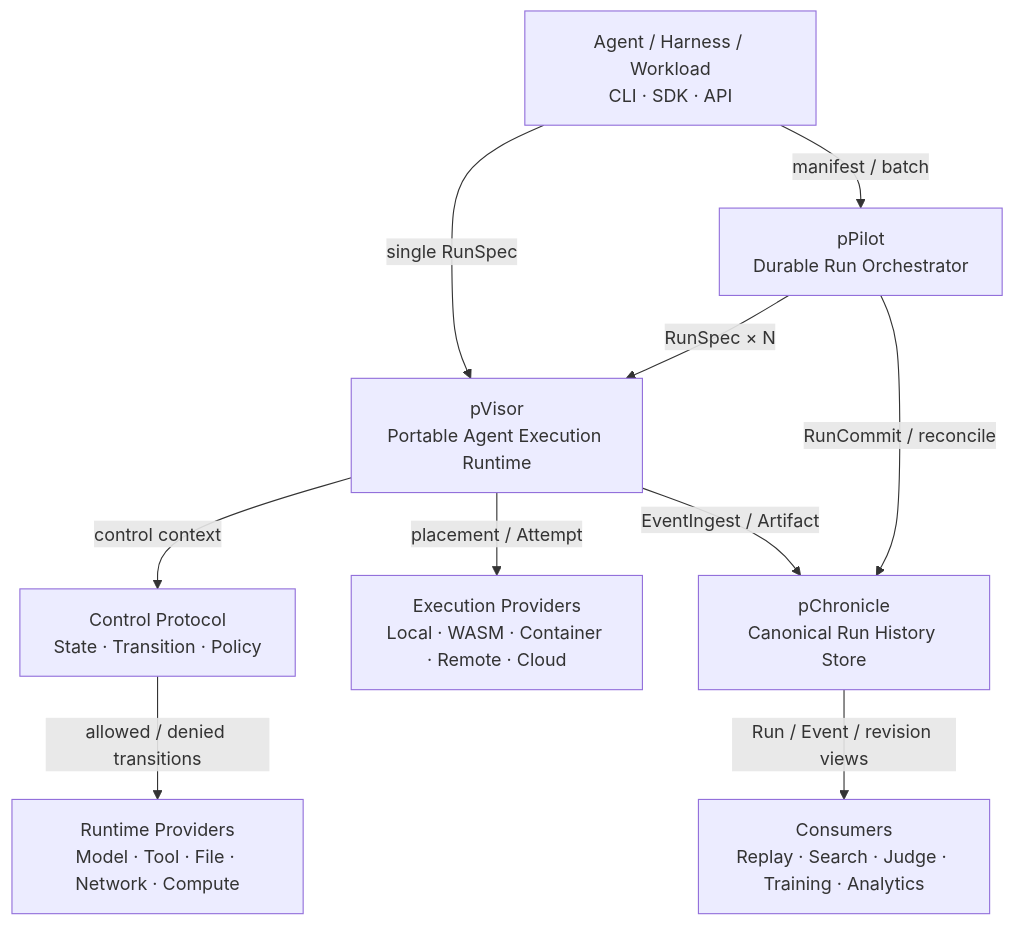
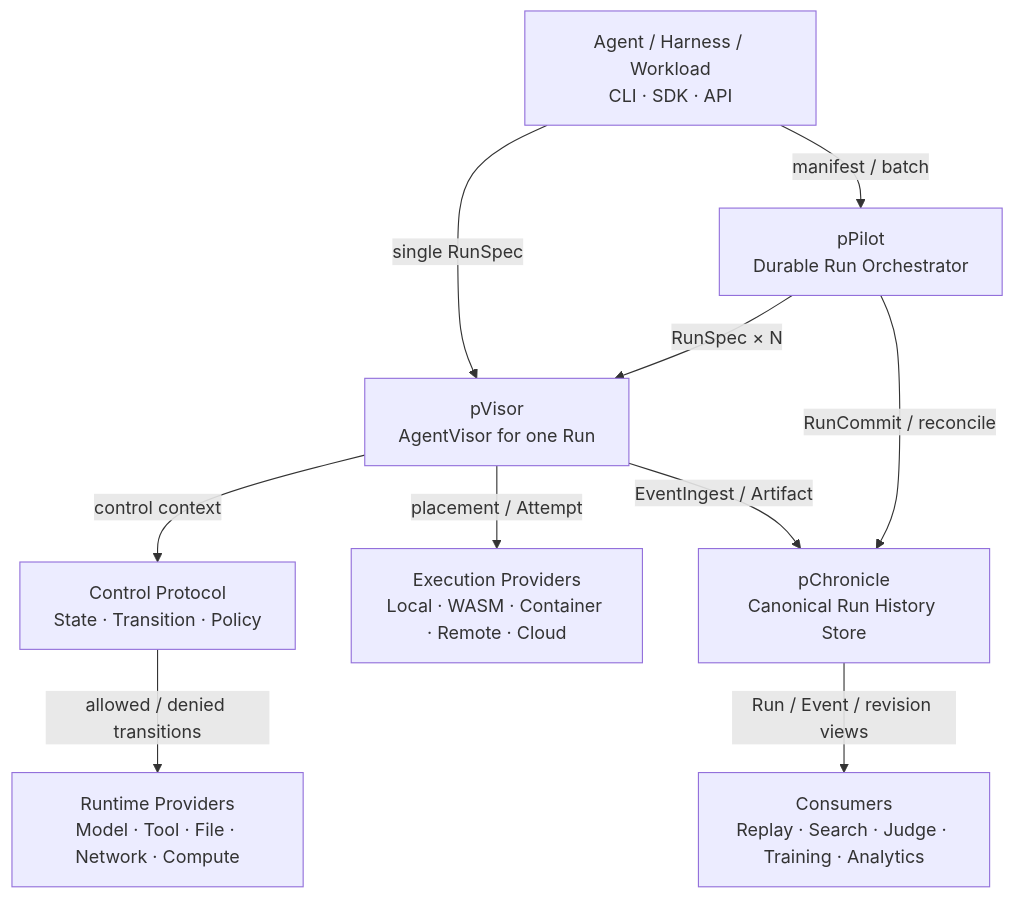
Before and after one commit to DeepLink-org/Persisting: the first of 4 diagrams in docs/src/design/agent-infrastructure.md, drawn with Mermaid. The commit also changed other lines of this file and 371 other files, not shown here.

First line of the commit message:
Unify typed LLM gateway and Agent runtime (#56)

````diff
--- a/docs/src/design/agent-infrastructure.md
+++ b/docs/src/design/agent-infrastructure.md
@@ -63,23 +63,23 @@
 ```mermaid
 flowchart TB
   SURFACE["Agent / Harness / Workload<br/>CLI · SDK · API"]
 
   PPILOT["pPilot<br/>Durable Run Orchestrator"]
-  PVISOR["pVisor<br/>Portable Agent Execution Runtime"]
+  PVISOR["pVisor<br/>AgentVisor for one Run"]
   CONTROL["Control Protocol<br/>State · Transition · Policy"]
   PCHRONICLE["pChronicle<br/>Canonical Run History Store"]
 
   PROVIDERS["Runtime Providers<br/>Model · Tool · File · Network · Compute"]
   EXECUTORS["Execution Providers<br/>Local · WASM · Container · Remote · Cloud"]
   CONSUMERS["Consumers<br/>Replay · Search · Judge · Training · Analytics"]
 
   SURFACE -->|"single RunSpec"| PVISOR
   SURFACE -->|"manifest / batch"| PPILOT
   PPILOT -->|"RunSpec × N"| PVISOR
   PVISOR -->|"control context"| CONTROL
   CONTROL -->|"allowed / denied transitions"| PROVIDERS
   PVISOR -->|"placement / Attempt"| EXECUTORS
   PVISOR -->|"EventIngest / Artifact"| PCHRONICLE
   PPILOT -->|"RunCommit / reconcile"| PCHRONICLE
   PCHRONICLE -->|"Run / Event / revision views"| CONSUMERS
 ```
````
